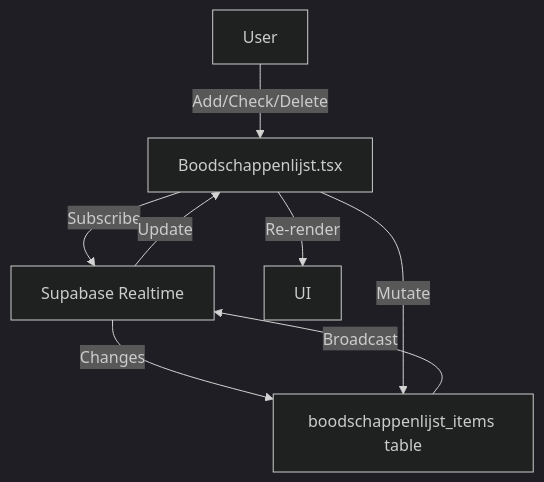
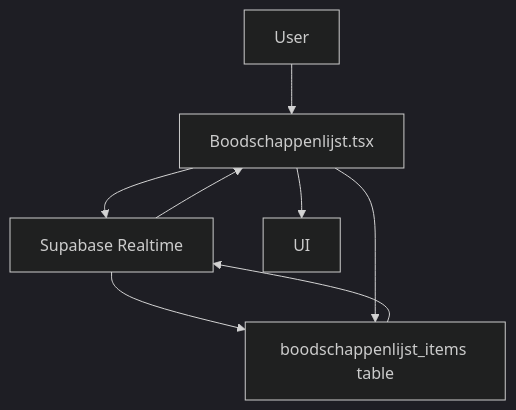
One commit to rob-erwt/recepten-app changed the fourth of 6 diagrams in docs/ARCHITECTURE.md. Above: the diagram before and after it, drawn with Mermaid (dark theme). The commit also changed other lines of this file and 7 other files, not shown here.

````diff
--- a/docs/ARCHITECTURE.md
+++ b/docs/ARCHITECTURE.md
@@ -109,11 +109,11 @@
 ```mermaid
 flowchart TB
-    A[Boodschappenlijst.tsx] -->|Subscribe| B[Supabase Realtime]
-    B -->|Changes| C[boodschappenlijst_items table]
-    C -->|Broadcast| B
-    B -->|Update| A
-    A -->|Re-render| D[UI]
+    A[Boodschappenlijst.tsx] --> B[Supabase Realtime]
+    B --> C[boodschappenlijst_items table]
+    C --> B
+    B --> A
+    A --> D[UI]
     
-    E[User] -->|Add/Check/Delete| A
-    A -->|Mutate| C
+    E[User] --> A
+    A --> C
 ```
````
